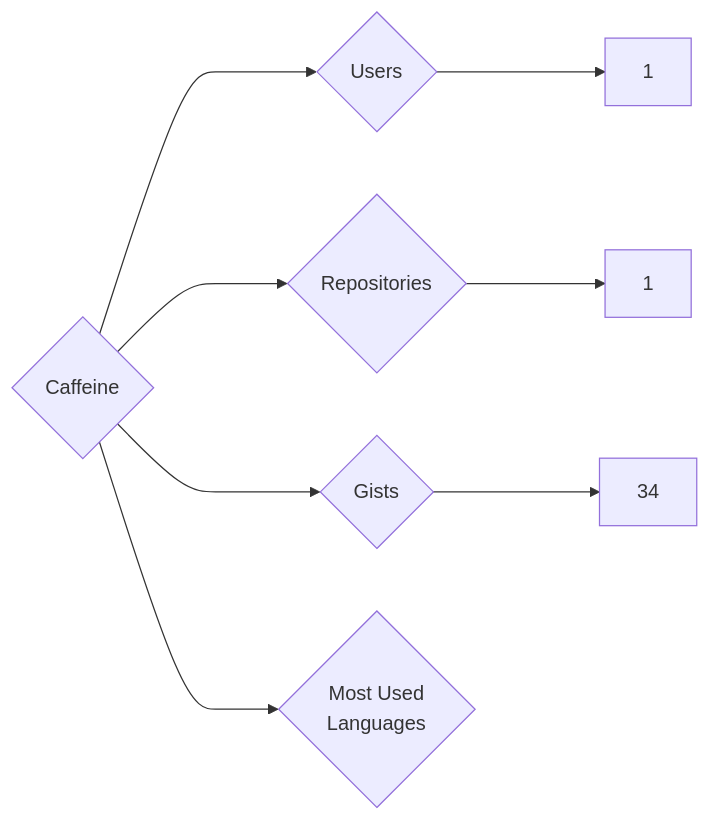
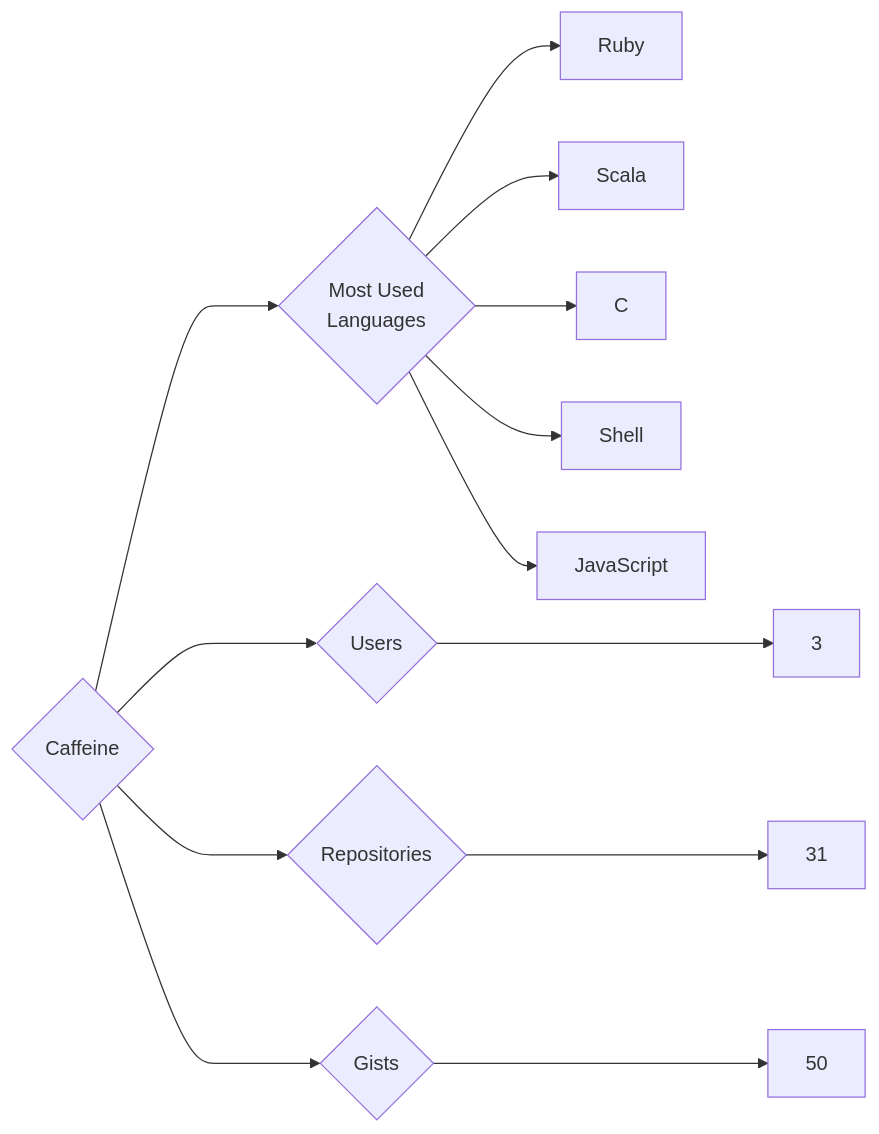
Before and after one commit to trickest/insiders: the diagram in targets/Caffeine/README.md, drawn with Mermaid. The commit also changed 1055 other files, not shown here.

````diff
--- a/targets/Caffeine/README.md
+++ b/targets/Caffeine/README.md
@@ -3,8 +3,13 @@
 ```mermaid
 graph LR
 COMPANY_NAME{Caffeine}
-COMPANY_NAME ---> U{Users} ---> UN[1]
-COMPANY_NAME ---> R{Repositories} ---> RN[1]
-COMPANY_NAME ---> G{Gists} ---> GN[34]
+COMPANY_NAME ---> U{Users} ---> UN[3]
+COMPANY_NAME ---> R{Repositories} ---> RN[31]
+COMPANY_NAME ---> G{Gists} ---> GN[50]
 COMPANY_NAME ---> ML{Most Used<br>Languages}
+ML --> Ruby[Ruby]
+ML --> Scala[Scala]
+ML --> C[C]
+ML --> Shell[Shell]
+ML --> JavaScript[JavaScript]
 ```
````
